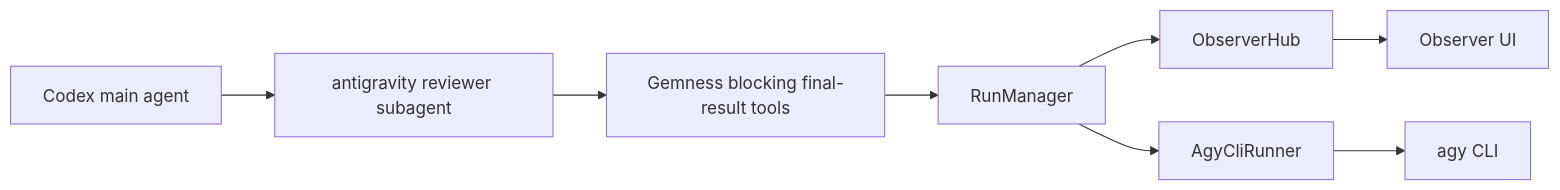
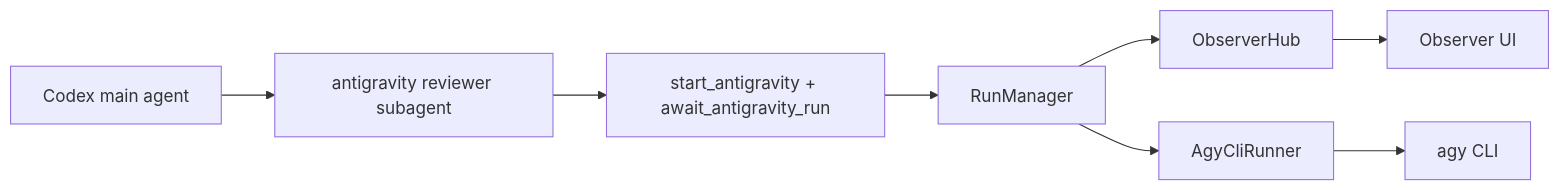
One commit to jisoq/gemness changed the diagram in docs/antigravity-observer.md. Above: the diagram before and after it, drawn with Mermaid. The commit also changed other lines of this file and 17 other files, not shown here.

First line of the commit message:
Antigravity run에 budget·fingerprint telemetry를 추가하고 full result 흐름을 보존 (#5)

````diff
--- a/docs/antigravity-observer.md
+++ b/docs/antigravity-observer.md
@@ -7,10 +7,10 @@
 ```mermaid
 flowchart LR
   Main["Codex main agent"] --> Reviewer["antigravity reviewer subagent"]
-  Reviewer --> Tools["Gemness blocking final-result tools"]
+  Reviewer --> Tools["start_antigravity + await_antigravity_run"]
   Tools --> Manager["RunManager"]
   Manager --> Hub["ObserverHub"]
   Manager --> Runner["AgyCliRunner"]
   Runner --> Agy["agy CLI"]
   Hub --> Web["Observer UI"]
 ```
````
